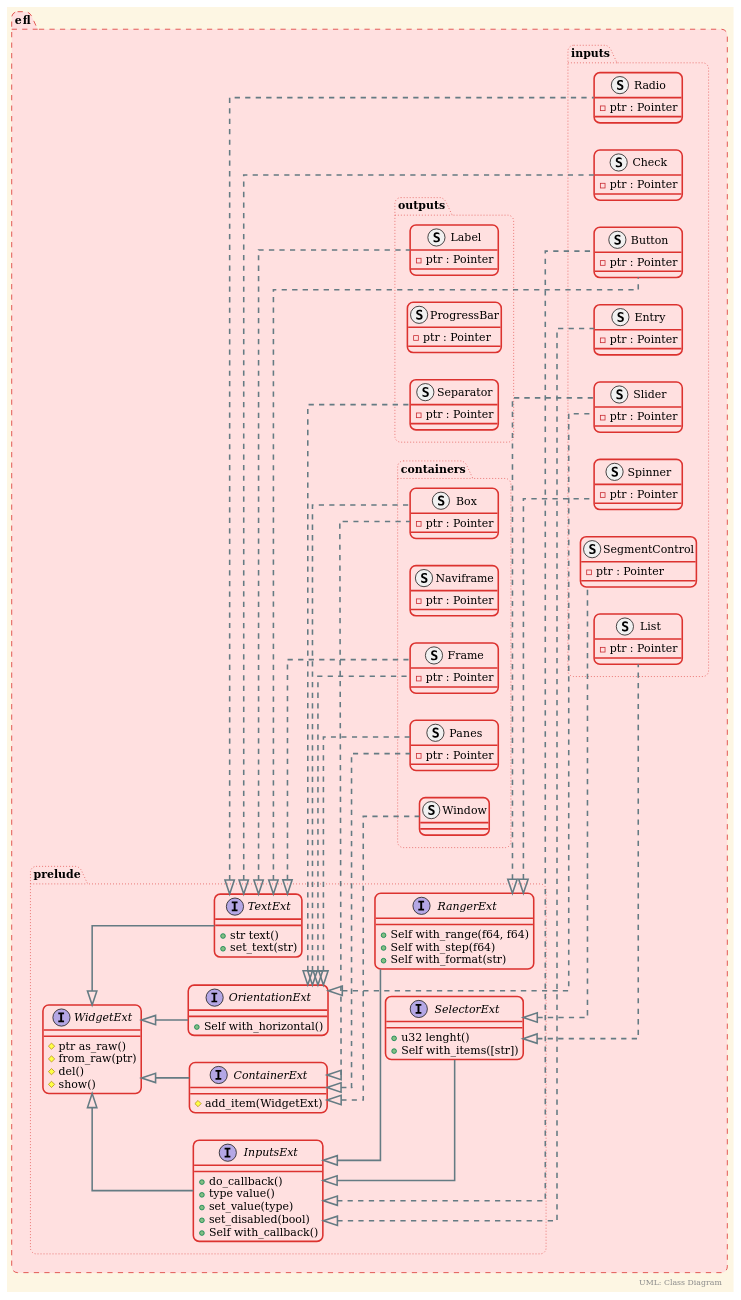
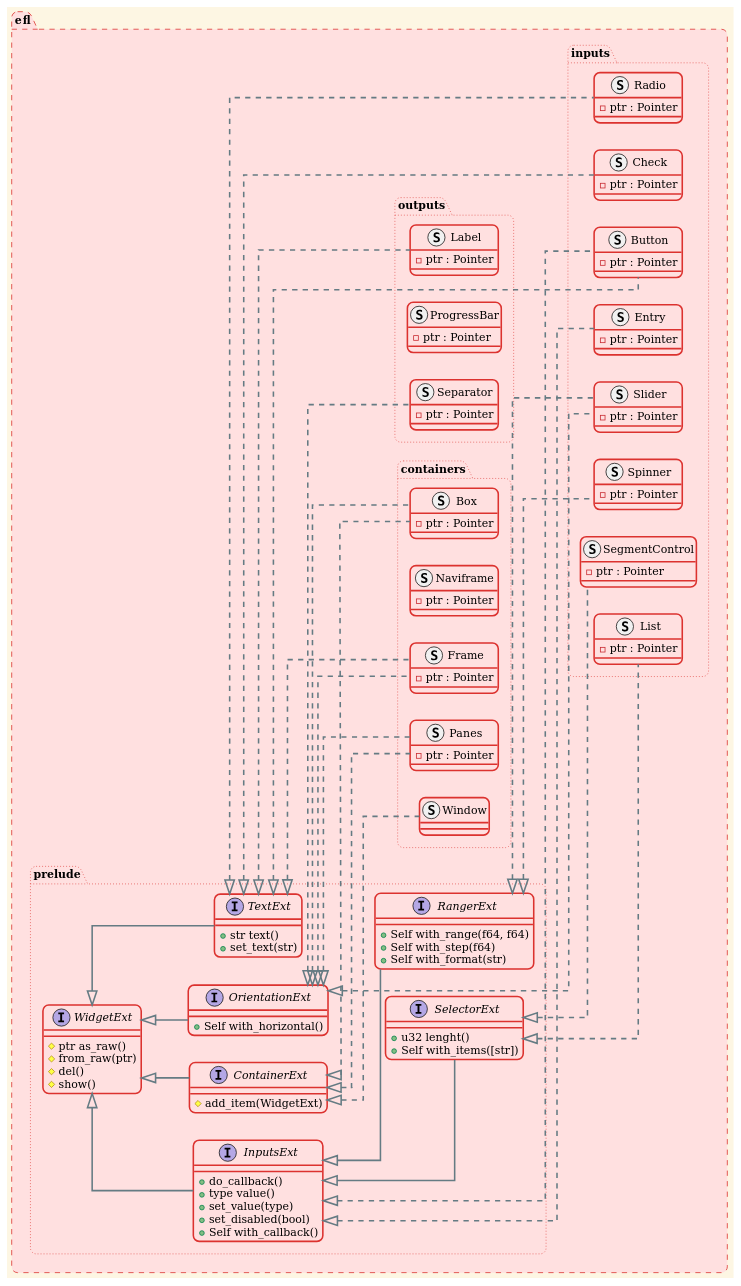
Before and after one commit to theavege/efl-rs: the diagram in README.md, drawn with PlantUML. The commit also changed other lines of this file, not shown here.

```diff
--- a/README.md
+++ b/README.md
@@ -52,7 +54,6 @@
 @startuml
 !theme sunlust
 skinparam linetype ortho
-right footer UML: Class Diagram
 left to right direction
 package "efl" #line.dashed {
     package containers #line.dotted {
```
